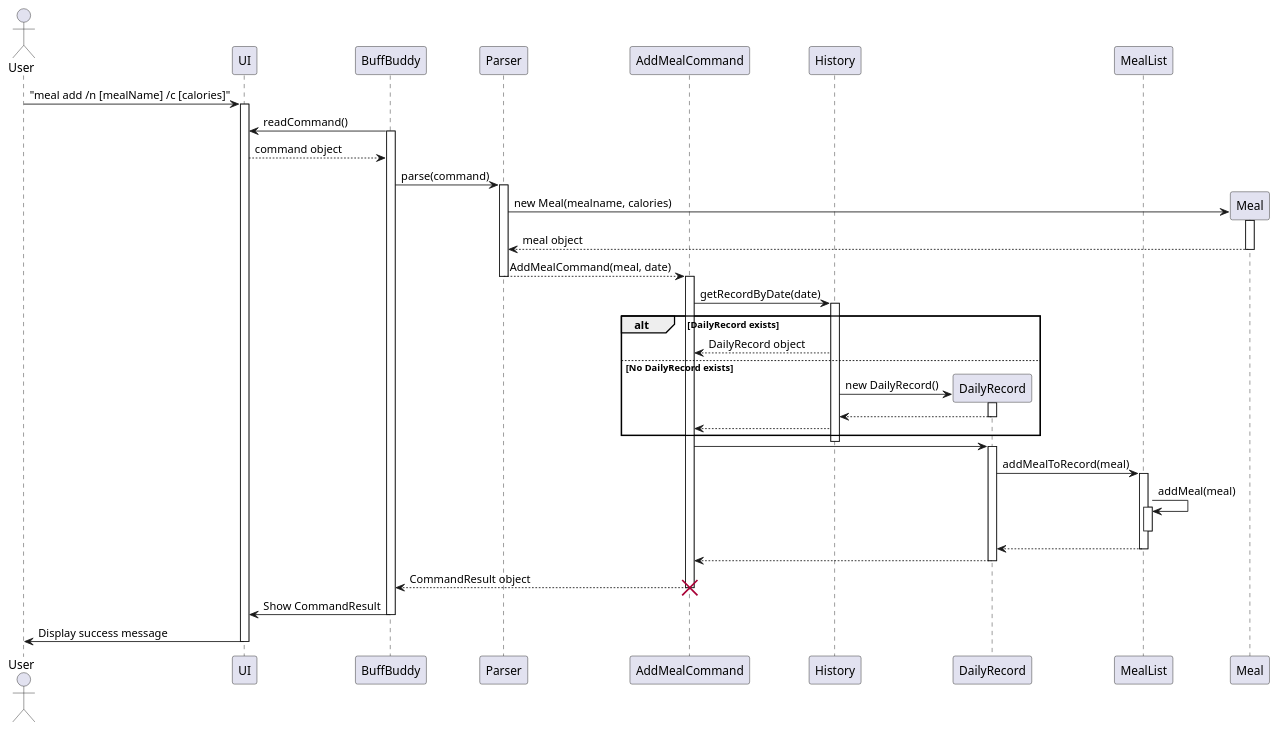
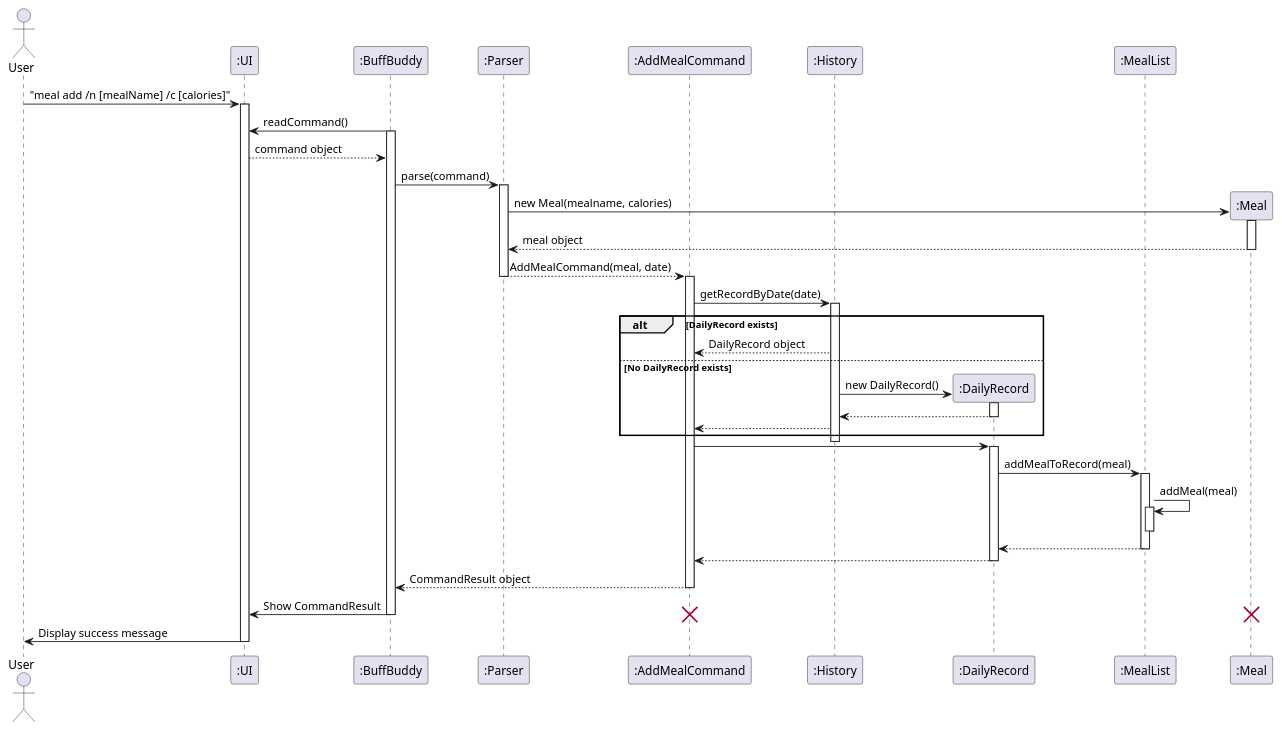
Before and after one commit to nus-cs2113-AY2425S1/tp: the diagram in docs/diagrams/addMealSequenceDiagram.puml, drawn with PlantUML. The commit also changed 5 other files, not shown here.

Commit message:
Edited Meal sequence diagrams

```diff
--- a/docs/diagrams/addMealSequenceDiagram.puml
+++ b/docs/diagrams/addMealSequenceDiagram.puml
@@ -1,70 +1,71 @@
 @startuml
 actor User
-participant "UI" as UI
-participant "BuffBuddy" as BB
-participant "Parser" as Parser
-participant "AddMealCommand" as AddCmd
-participant "History" as History
-participant "DailyRecord" as DailyRec
-participant "MealList" as MealList
-participant "Meal" as Meal
+participant ":UI" as UI
+participant ":BuffBuddy" as BB
+participant ":Parser" as Parser
+participant ":AddMealCommand" as AddCmd
+participant ":History" as History
+participant ":DailyRecord" as DailyRec
+participant ":MealList" as MealList
+participant ":Meal" as Meal
 
 User -> UI: "meal add /n [mealName] /c [calories]"
 activate UI
 BB -> UI: readCommand()
 activate BB
 UI --> BB: command object
 BB -> Parser: parse(command)
 activate Parser
 
 create Meal
 Parser -> Meal: new Meal(mealname, calories)
 activate Meal
 Meal --> Parser: meal object
 deactivate Meal
 
 Parser --> AddCmd: AddMealCommand(meal, date)
 deactivate Parser
 activate AddCmd
 
 AddCmd -> History: getRecordByDate(date)
 activate History
 
 alt DailyRecord exists
   History --> AddCmd: DailyRecord object
 else No DailyRecord exists
 create DailyRec
   History -> DailyRec: new DailyRecord()
   activate DailyRec
   DailyRec --> History
   deactivate DailyRec
   History --> AddCmd
 end
 deactivate History
 
 AddCmd -> DailyRec:
 activate DailyRec
 
 DailyRec -> MealList: addMealToRecord(meal)
 activate MealList
 MealList -> MealList: addMeal(meal)
 activate MealList
 
 deactivate MealList
 MealList --> DailyRec
 deactivate MealList
 
 
 DailyRec --> AddCmd
 deactivate DailyRec
 
 AddCmd --> BB: CommandResult object
 deactivate AddCmd
-destroy AddCmd
 
 BB -> UI: Show CommandResult
 deactivate BB
+destroy AddCmd
+destroy Meal
 
 UI -> User: Display success message
 deactivate UI
 @enduml
```
